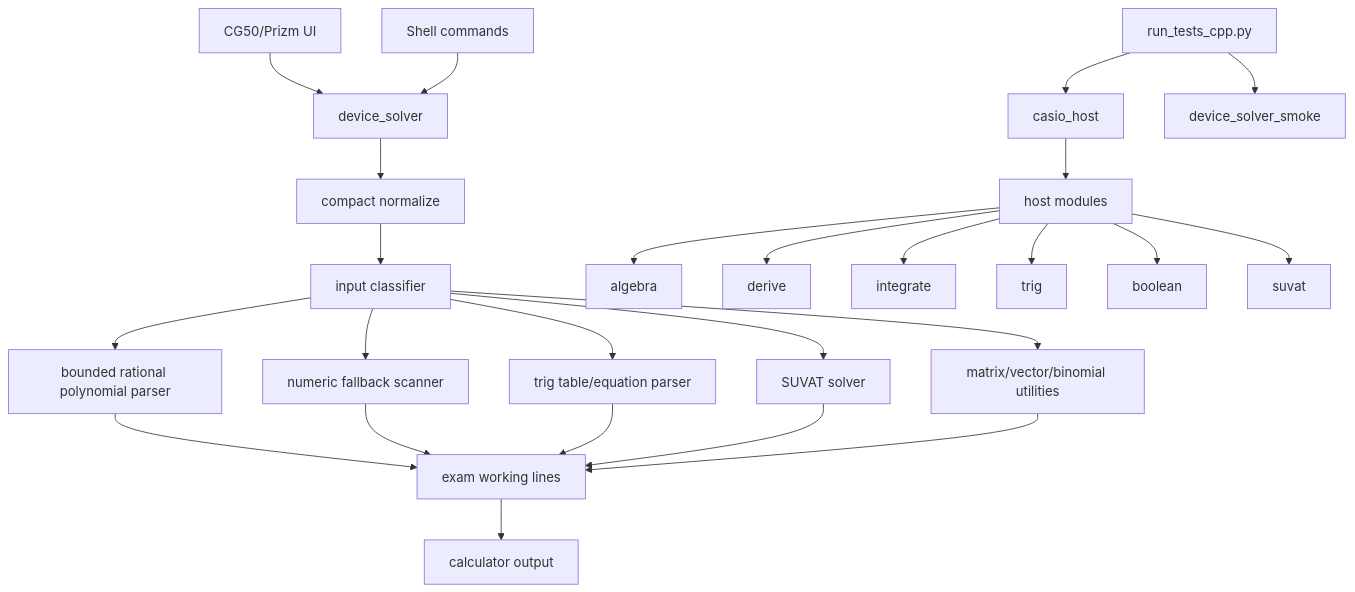
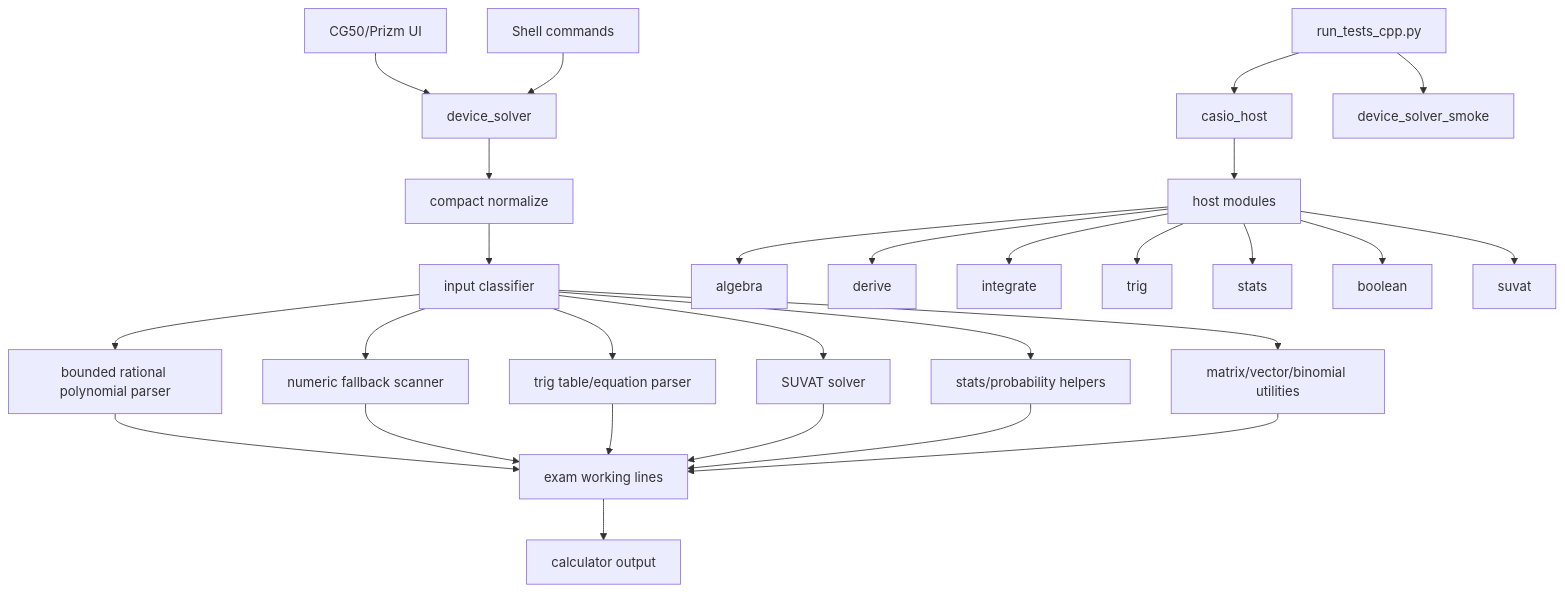
One commit to james8464/notes-addin-casio-fx-cg50 changed the first of 4 diagrams in c++/GRAPH.md. Above: the diagram before and after it, drawn with Mermaid. The commit also changed other lines of this file and 12 other files, not shown here.

````diff
--- a/c++/GRAPH.md
+++ b/c++/GRAPH.md
@@ -3,28 +3,31 @@
 ```mermaid
 graph TD
   UI["CG50/Prizm UI"] --> DS["device_solver"]
   Shell["Shell commands"] --> DS
   DS --> Norm["compact normalize"]
   Norm --> Cls["input classifier"]
   Cls --> Poly["bounded rational polynomial parser"]
   Cls --> Num["numeric fallback scanner"]
   Cls --> Trig["trig table/equation parser"]
   Cls --> Suvat["SUVAT solver"]
+  Cls --> Stats["stats/probability helpers"]
   Cls --> Util["matrix/vector/binomial utilities"]
   Poly --> Work["exam working lines"]
   Num --> Work
   Trig --> Work
   Suvat --> Work
+  Stats --> Work
   Util --> Work
   Work --> Screen["calculator output"]
 
   Host["casio_host"] --> Mods["host modules"]
   Mods --> Alg["algebra"]
   Mods --> Der["derive"]
   Mods --> Int["integrate"]
   Mods --> TrigH["trig"]
+  Mods --> StatsH["stats"]
   Mods --> Bool["boolean"]
   Mods --> SuvatH["suvat"]
   Tests["run_tests_cpp.py"] --> Host
   Tests --> Smoke["device_solver_smoke"]
 ```
````
